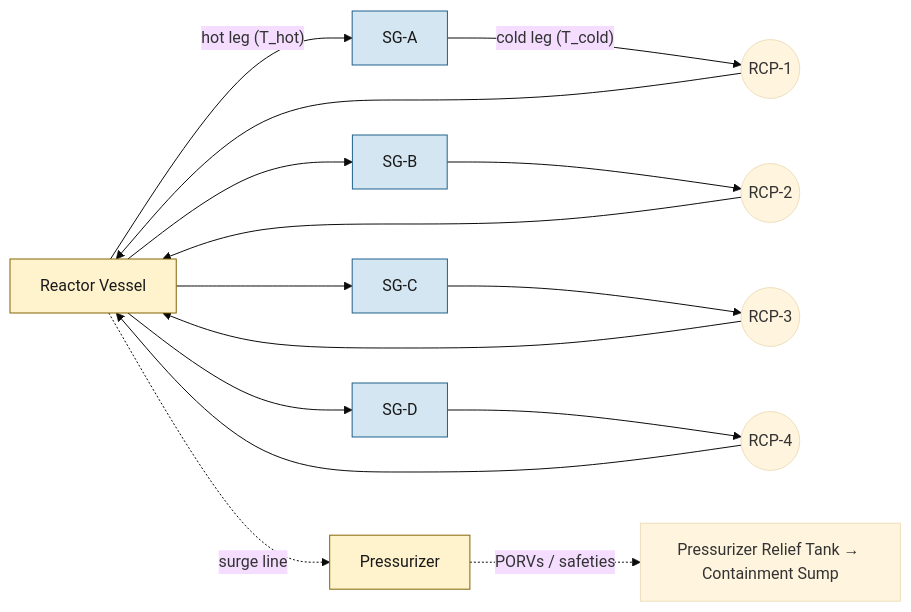
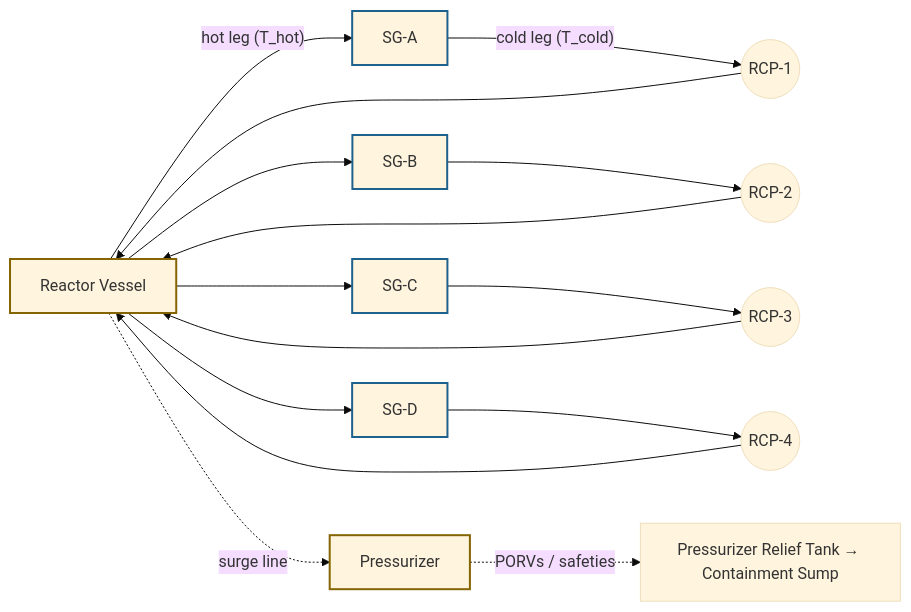
Before and after one commit to samsinn-wikis/pwr-ops: the first of 2 diagrams in wiki/systems/rcs.md, drawn with Mermaid (base theme). The commit also changed other lines of this file and 14 other files, not shown here.

````diff
--- a/wiki/systems/rcs.md
+++ b/wiki/systems/rcs.md
@@ -34,31 +34,31 @@
 ```mermaid
 flowchart LR
     RV["Reactor Vessel"]
     PZR["Pressurizer"]
     SG1["SG-A"]
     SG2["SG-B"]
     SG3["SG-C"]
     SG4["SG-D"]
     RCP1(("RCP-1"))
     RCP2(("RCP-2"))
     RCP3(("RCP-3"))
     RCP4(("RCP-4"))
 
     RV -- "hot leg (T_hot)" --> SG1
     SG1 -- "cold leg (T_cold)" --> RCP1
     RCP1 --> RV
     RV --> SG2
     SG2 --> RCP2 --> RV
     RV --> SG3
     SG3 --> RCP3 --> RV
     RV --> SG4
     SG4 --> RCP4 --> RV
 
     RV -. "surge line" .-> PZR
     PZR -. "PORVs / safeties" .-> CTMT["Pressurizer Relief Tank → Containment Sump"]
 
-    classDef vessel fill:#fff3cd,stroke:#856404,color:#1a1a1a
-    classDef sg fill:#d4e6f1,stroke:#1f618d,color:#1a1a1a
+    classDef vessel stroke:#856404,stroke-width:2px
+    classDef sg stroke:#1f618d,stroke-width:2px
     class RV,PZR vessel
     class SG1,SG2,SG3,SG4 sg
 ```
````
